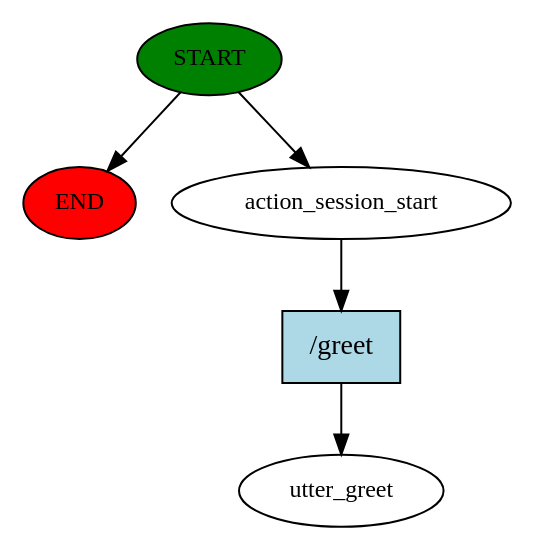
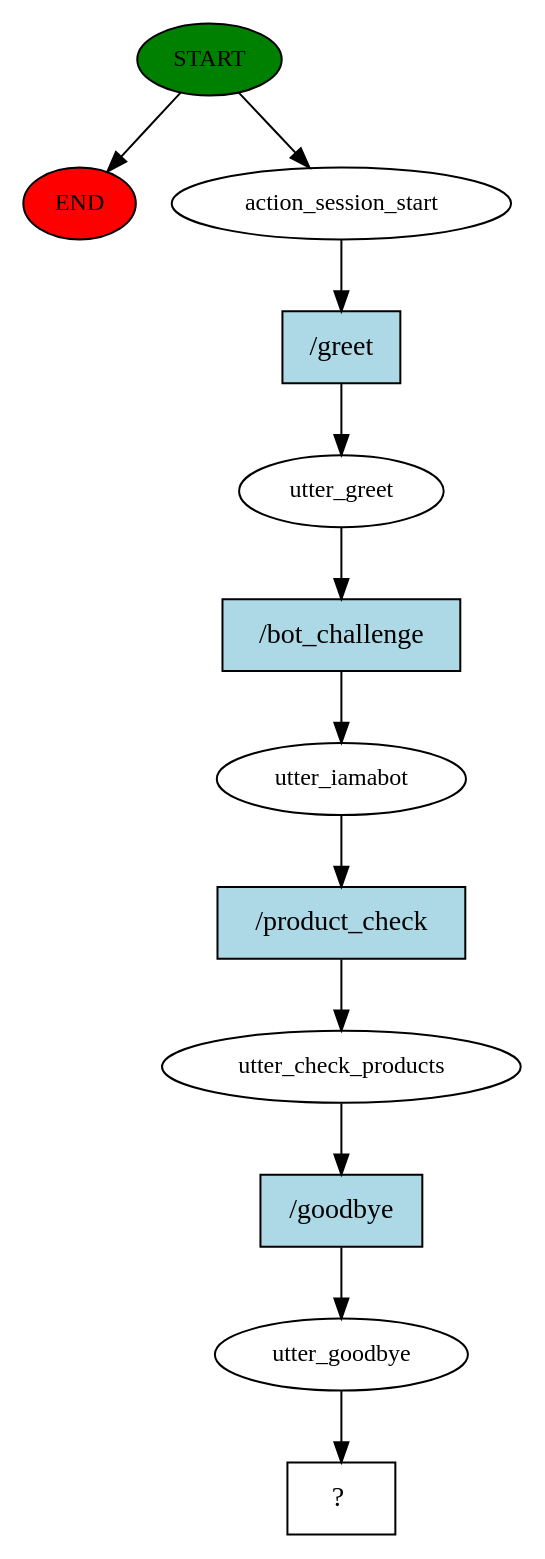
Before and after one commit to Buddhima-JD3/Salesmanbot: the diagram in chatbot/story_graph.dot, drawn with Graphviz. The commit also changed 82 other files, not shown here.

```diff
--- a/chatbot/story_graph.dot
+++ b/chatbot/story_graph.dot
@@ -1,11 +1,25 @@
 digraph  {
 0 [class="start active", fillcolor=green, fontsize=12, label=START, style=filled];
 "-1" [class=end, fillcolor=red, fontsize=12, label=END, style=filled];
 1 [class=active, fontsize=12, label=action_session_start];
-2 [class="dashed active", fontsize=12, label=utter_greet];
-3 [class="intent active", fillcolor=lightblue, label="/greet", shape=rect, style=filled];
+2 [class=active, fontsize=12, label=utter_greet];
+3 [class=active, fontsize=12, label=utter_iamabot];
+4 [class=active, fontsize=12, label=utter_check_products];
+5 [class=active, fontsize=12, label=utter_goodbye];
+6 [class="intent dashed active", label="  ?  ", shape=rect];
+7 [class="intent active", fillcolor=lightblue, label="/greet", shape=rect, style=filled];
+8 [class="intent active", fillcolor=lightblue, label="/bot_challenge", shape=rect, style=filled];
+9 [class="intent active", fillcolor=lightblue, label="/product_check", shape=rect, style=filled];
+10 [class="intent active", fillcolor=lightblue, label="/goodbye", shape=rect, style=filled];
 0 -> "-1"  [class="", key=NONE, label=""];
 0 -> 1  [class=active, key=NONE, label=""];
-1 -> 3  [class=active, key=0];
-3 -> 2  [class=active, key=0];
+1 -> 7  [class=active, key=0];
+2 -> 8  [class=active, key=0];
+3 -> 9  [class=active, key=0];
+4 -> 10  [class=active, key=0];
+5 -> 6  [class=active, key=NONE, label=""];
+7 -> 2  [class=active, key=0];
+8 -> 3  [class=active, key=0];
+9 -> 4  [class=active, key=0];
+10 -> 5  [class=active, key=0];
 }
```
